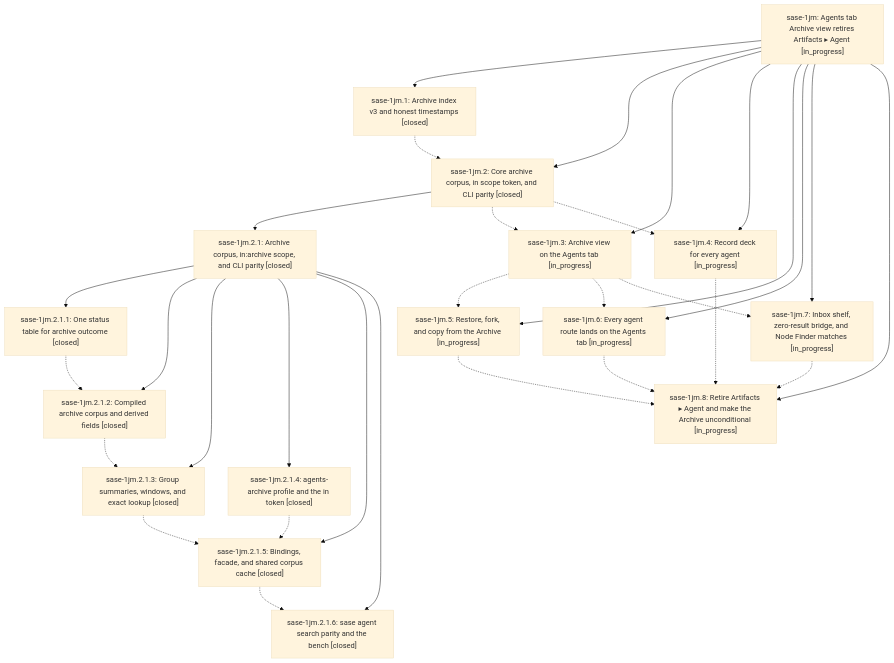
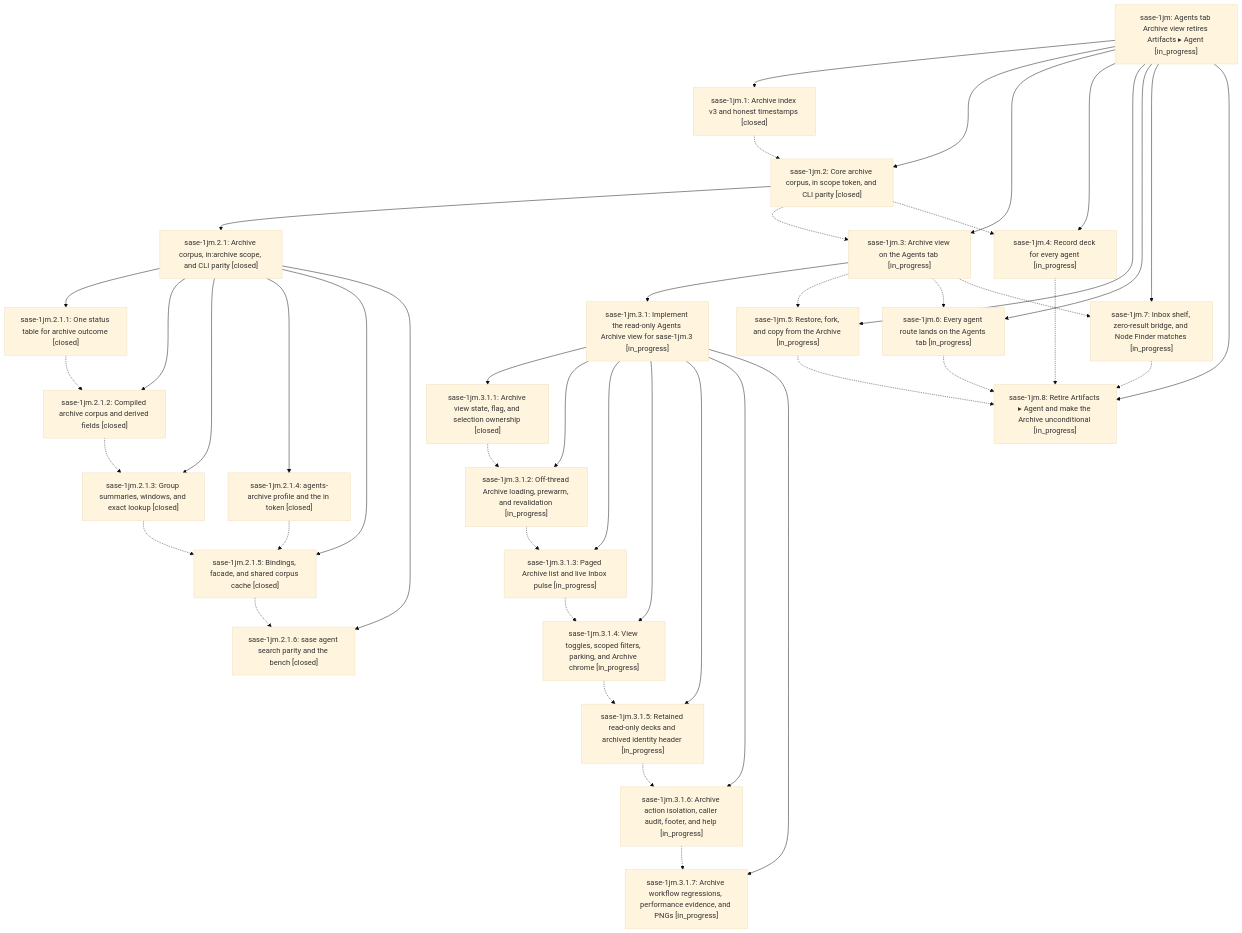
One commit to sase-org/sase--beads changed the diagram in pages/sase-1jm/README.md. Above: the diagram before and after it, drawn with Mermaid (base theme). The commit also changed other lines of this file and 10 other files, not shown here.

````diff
--- a/pages/sase-1jm/README.md
+++ b/pages/sase-1jm/README.md
@@ -43,49 +43,71 @@
 ```mermaid
 flowchart TD
     n0["sase-1jm: Agents tab Archive view retires Artifacts ▸ Agent [in_progress]"]
     n1["sase-1jm.1: Archive index v3 and honest timestamps [closed]"]
     n2["sase-1jm.2: Core archive corpus, in scope token, and CLI parity [closed]"]
     n3["sase-1jm.2.1: Archive corpus, in:archive scope, and CLI parity [closed]"]
     n4["sase-1jm.2.1.1: One status table for archive outcome [closed]"]
     n5["sase-1jm.2.1.2: Compiled archive corpus and derived fields [closed]"]
     n6["sase-1jm.2.1.3: Group summaries, windows, and exact lookup [closed]"]
     n7["sase-1jm.2.1.4: agents-archive profile and the in token [closed]"]
     n8["sase-1jm.2.1.5: Bindings, facade, and shared corpus cache [closed]"]
     n9["sase-1jm.2.1.6: sase agent search parity and the bench [closed]"]
     n10["sase-1jm.3: Archive view on the Agents tab [in_progress]"]
-    n11["sase-1jm.4: Record deck for every agent [in_progress]"]
-    n12["sase-1jm.5: Restore, fork, and copy from the Archive [in_progress]"]
-    n13["sase-1jm.6: Every agent route lands on the Agents tab [in_progress]"]
-    n14["sase-1jm.7: Inbox shelf, zero-result bridge, and Node Finder matches [in_progress]"]
-    n15["sase-1jm.8: Retire Artifacts ▸ Agent and make the Archive unconditional [in_progress]"]
+    n11["sase-1jm.3.1: Implement the read-only Agents Archive view for sase-1jm.3 [in_progress]"]
+    n12["sase-1jm.3.1.1: Archive view state, flag, and selection ownership [closed]"]
+    n13["sase-1jm.3.1.2: Off-thread Archive loading, prewarm, and revalidation [in_progress]"]
+    n14["sase-1jm.3.1.3: Paged Archive list and live Inbox pulse [in_progress]"]
+    n15["sase-1jm.3.1.4: View toggles, scoped filters, parking, and Archive chrome [in_progress]"]
+    n16["sase-1jm.3.1.5: Retained read-only decks and archived identity header [in_progress]"]
+    n17["sase-1jm.3.1.6: Archive action isolation, caller audit, footer, and help [in_progress]"]
+    n18["sase-1jm.3.1.7: Archive workflow regressions, performance evidence, and PNGs [in_progress]"]
+    n19["sase-1jm.4: Record deck for every agent [in_progress]"]
+    n20["sase-1jm.5: Restore, fork, and copy from the Archive [in_progress]"]
+    n21["sase-1jm.6: Every agent route lands on the Agents tab [in_progress]"]
+    n22["sase-1jm.7: Inbox shelf, zero-result bridge, and Node Finder matches [in_progress]"]
+    n23["sase-1jm.8: Retire Artifacts ▸ Agent and make the Archive unconditional [in_progress]"]
     n0 --> n1
     n0 --> n2
     n2 --> n3
     n3 --> n4
     n3 --> n5
     n3 --> n6
     n3 --> n7
     n3 --> n8
     n3 --> n9
     n0 --> n10
-    n0 --> n11
-    n0 --> n12
-    n0 --> n13
-    n0 --> n14
-    n0 --> n15
+    n10 --> n11
+    n11 --> n12
+    n11 --> n13
+    n11 --> n14
+    n11 --> n15
+    n11 --> n16
+    n11 --> n17
+    n11 --> n18
+    n0 --> n19
+    n0 --> n20
+    n0 --> n21
+    n0 --> n22
+    n0 --> n23
     n1 -.-> n2
     n2 -.-> n10
-    n2 -.-> n11
+    n2 -.-> n19
     n4 -.-> n5
     n5 -.-> n6
     n6 -.-> n8
     n7 -.-> n8
     n8 -.-> n9
-    n10 -.-> n12
-    n10 -.-> n13
-    n10 -.-> n14
-    n11 -.-> n15
-    n12 -.-> n15
-    n13 -.-> n15
+    n10 -.-> n20
+    n10 -.-> n21
+    n10 -.-> n22
+    n12 -.-> n13
+    n13 -.-> n14
     n14 -.-> n15
+    n15 -.-> n16
+    n16 -.-> n17
+    n17 -.-> n18
+    n19 -.-> n23
+    n20 -.-> n23
+    n21 -.-> n23
+    n22 -.-> n23
 ```
````
